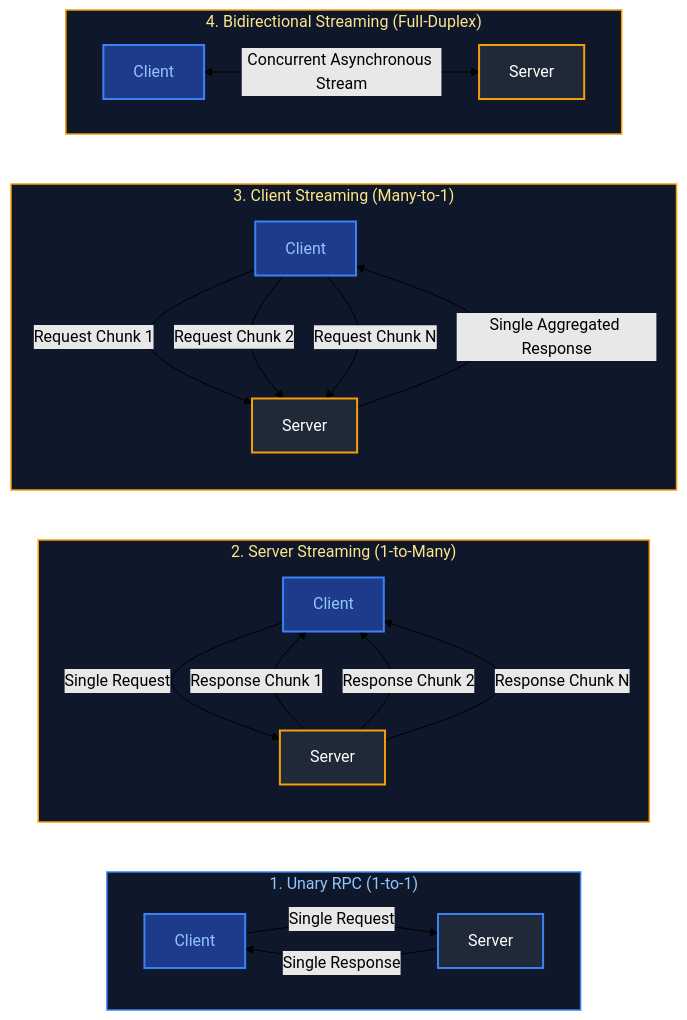
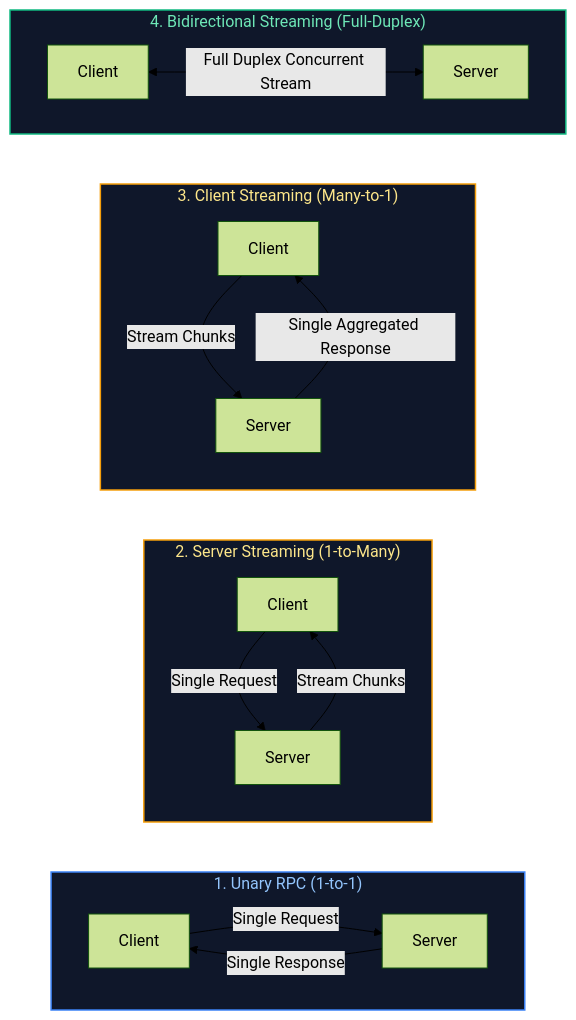
Before and after one commit to joydeep-biswas/Interview-Preparation: the tenth of 10 diagrams in Java Backend Engineering/08_spring_web_rest_apis.md, drawn with Mermaid (forest theme). The commit also changed other lines of this file and 143 other files, not shown here.

````diff
--- a/Java Backend Engineering/08_spring_web_rest_apis.md
+++ b/Java Backend Engineering/08_spring_web_rest_apis.md
@@ -828,41 +1265,28 @@
 ```mermaid
 flowchart LR
     subgraph Mode1["1. Unary RPC (1-to-1)"]
         direction LR
         C1["Client"] -->|Single Request| S1["Server"]
         S1 -->|Single Response| C1
     end
 
     subgraph Mode2["2. Server Streaming (1-to-Many)"]
         C2["Client"] -->|Single Request| S2["Server"]
-        S2 -->|Response Chunk 1| C2
-        S2 -->|Response Chunk 2| C2
-        S2 -->|Response Chunk N| C2
+        S2 -->|Stream Chunks| C2
     end
 
     subgraph Mode3["3. Client Streaming (Many-to-1)"]
-        C3["Client"] -->|Request Chunk 1| S3["Server"]
-        C3 -->|Request Chunk 2| S3
-        C3 -->|Request Chunk N| S3
+        C3["Client"] -->|Stream Chunks| S3["Server"]
         S3 -->|Single Aggregated Response| C3
     end
 
     subgraph Mode4["4. Bidirectional Streaming (Full-Duplex)"]
         direction LR
-        C4["Client"] <-->|Concurrent Asynchronous Stream| S4["Server"]
+        C4["Client"] <-->|Full Duplex Concurrent Stream| S4["Server"]
     end
 
     style Mode1 fill:#0f172a,stroke:#3b82f6,stroke-width:1.5px,color:#93c5fd
     style Mode2 fill:#0f172a,stroke:#f59e0b,stroke-width:1.5px,color:#fde68a
     style Mode3 fill:#0f172a,stroke:#f59e0b,stroke-width:1.5px,color:#fde68a
-    style Mode4 fill:#0f172a,stroke:#f59e0b,stroke-width:1.5px,color:#fde68a
-
-    style C1 fill:#1e3a8a,stroke:#3b82f6,stroke-width:2px,color:#93c5fd
-    style S1 fill:#1f2937,stroke:#3b82f6,stroke-width:2px,color:#fff
-    style C2 fill:#1e3a8a,stroke:#3b82f6,stroke-width:2px,color:#93c5fd
-    style S2 fill:#1f2937,stroke:#f59e0b,stroke-width:2px,color:#fff
-    style C3 fill:#1e3a8a,stroke:#3b82f6,stroke-width:2px,color:#93c5fd
-    style S3 fill:#1f2937,stroke:#f59e0b,stroke-width:2px,color:#fff
-    style C4 fill:#1e3a8a,stroke:#3b82f6,stroke-width:2px,color:#93c5fd
-    style S4 fill:#1f2937,stroke:#f59e0b,stroke-width:2px,color:#fff
+    style Mode4 fill:#0f172a,stroke:#10b981,stroke-width:1.5px,color:#6ee7b7
 ```
````
